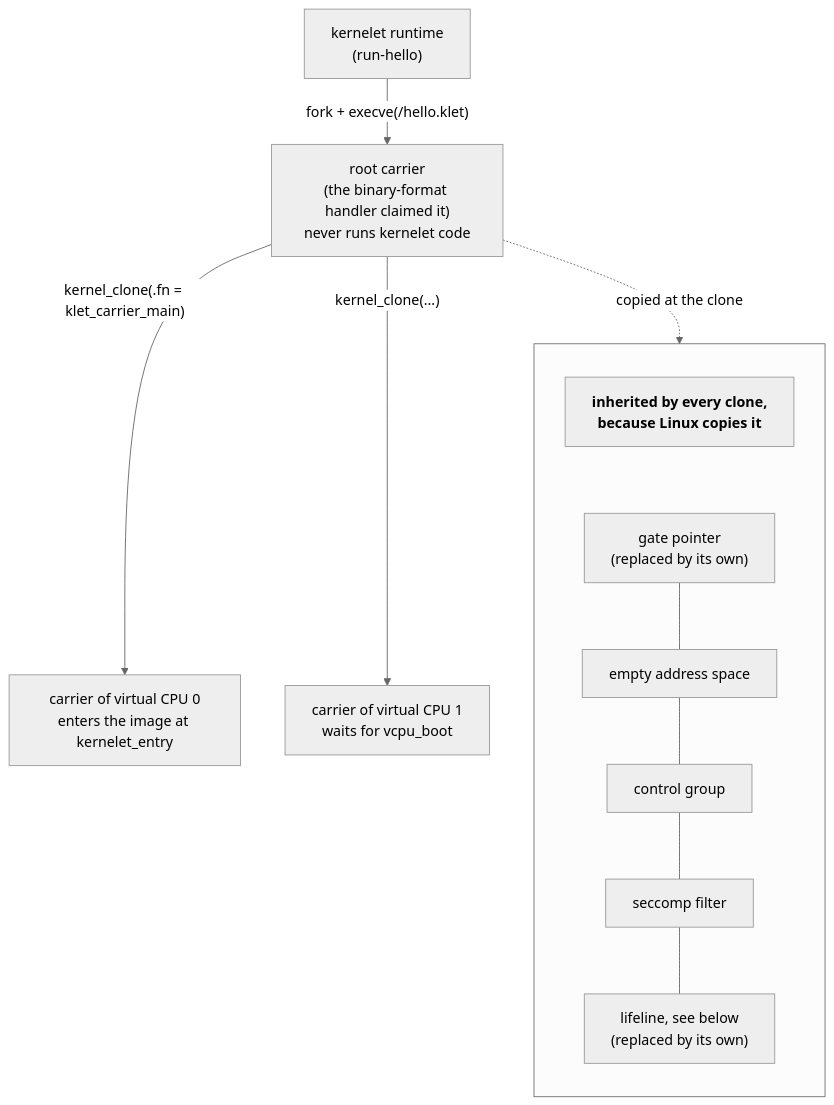
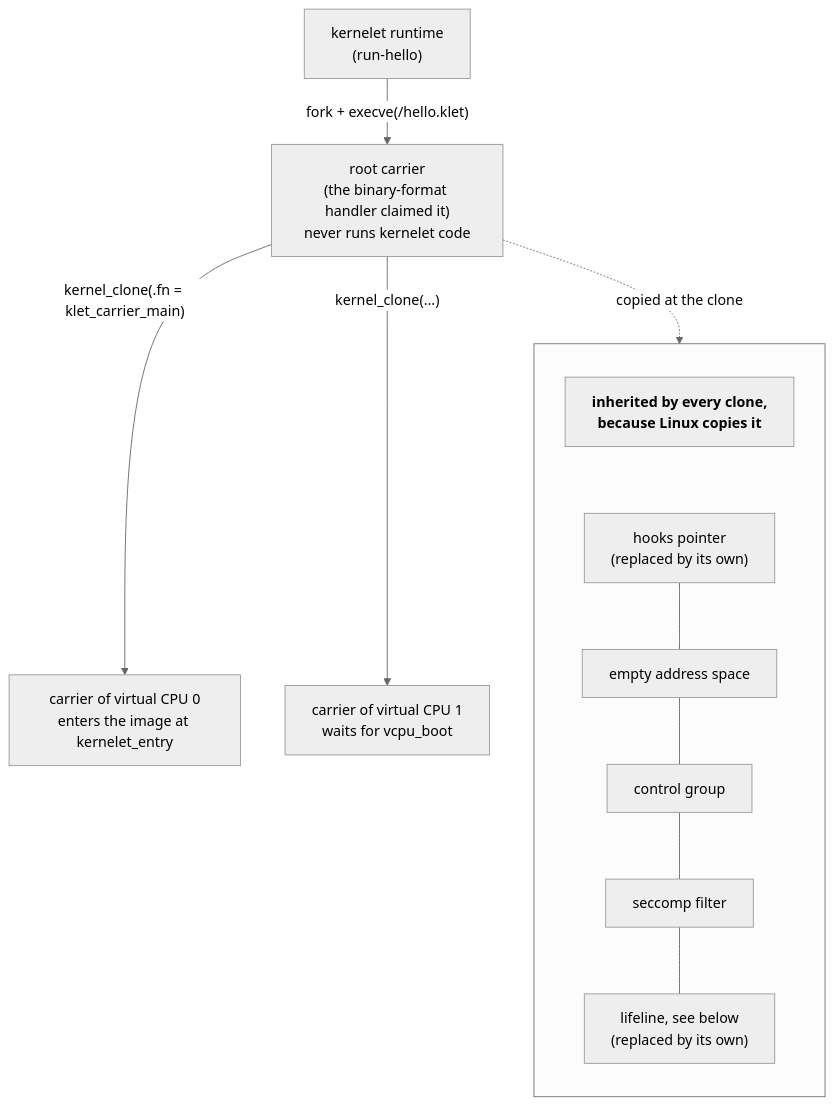
One commit to Plucky923/kernelet changed the diagram in src/carriers.md. Above: the diagram before and after it, drawn with Mermaid (neutral theme). The commit also changed other lines of this file and 36 other files, not shown here.

First line of the commit message:
Retire "the gate": the patch's table is carrier_event_hooks

````diff
--- a/src/carriers.md
+++ b/src/carriers.md
@@ -129,12 +129,12 @@
 ```mermaid
 flowchart TB
     rt["kernelet runtime<br/>(run-hello)"] -- "fork + execve(/hello.klet)" --> root["root carrier<br/>(the binary-format handler claimed it)<br/>never runs kernelet code"]
     root -- "kernel_clone(.fn = klet_carrier_main)" --> v0["carrier of virtual CPU 0<br/>enters the image at kernelet_entry"]
     root -- "kernel_clone(...)" --> v1["carrier of virtual CPU 1<br/>waits for vcpu_boot"]
     subgraph inherited[" "]
         direction TB
-        i0["<b>inherited by every clone,<br/>because Linux copies it</b>"] ~~~ i1["gate pointer<br/>(replaced by its own)"] --- i2[empty address space] --- i3[control group]
+        i0["<b>inherited by every clone,<br/>because Linux copies it</b>"] ~~~ i1["hooks pointer<br/>(replaced by its own)"] --- i2[empty address space] --- i3[control group]
         i3 --- i4[seccomp filter] --- i5["lifeline, see below<br/>(replaced by its own)"]
     end
     root -. "copied at the clone" .-> inherited
 ```
````
